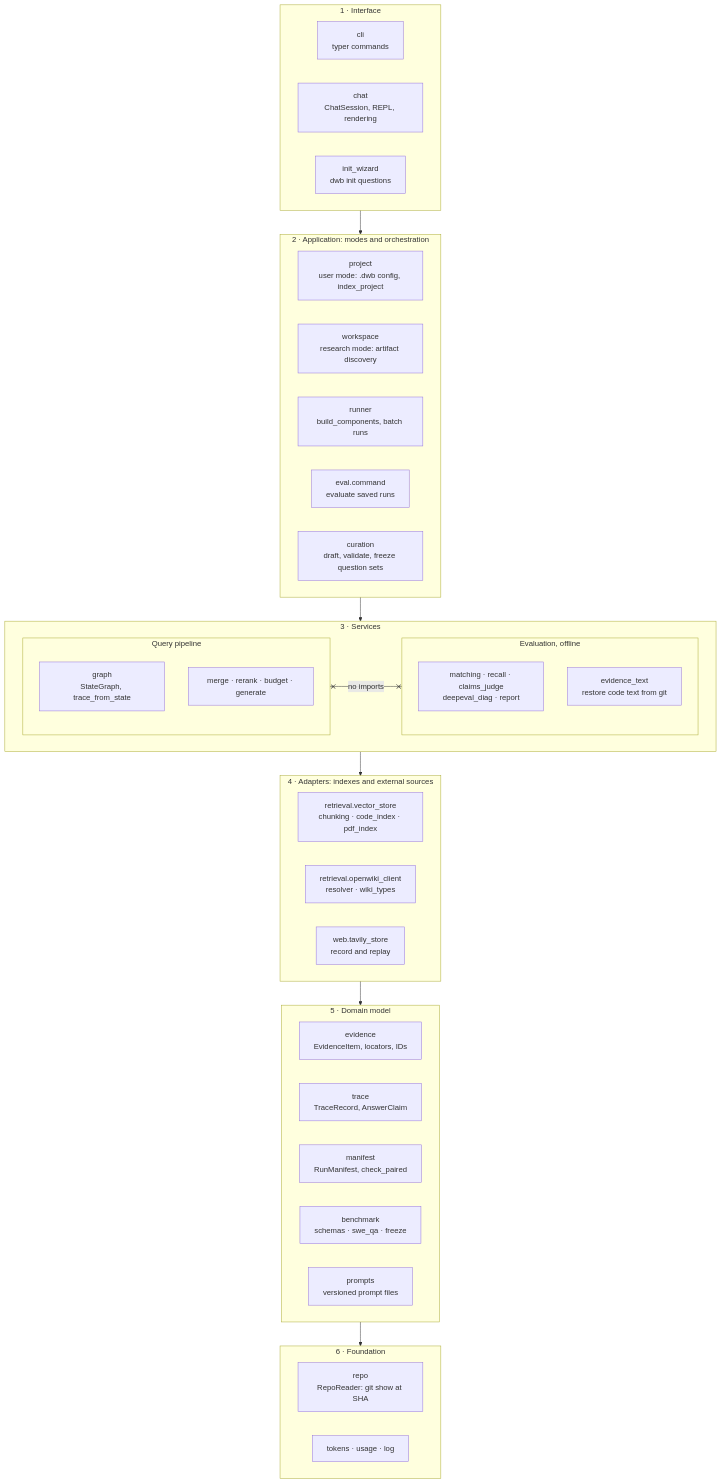
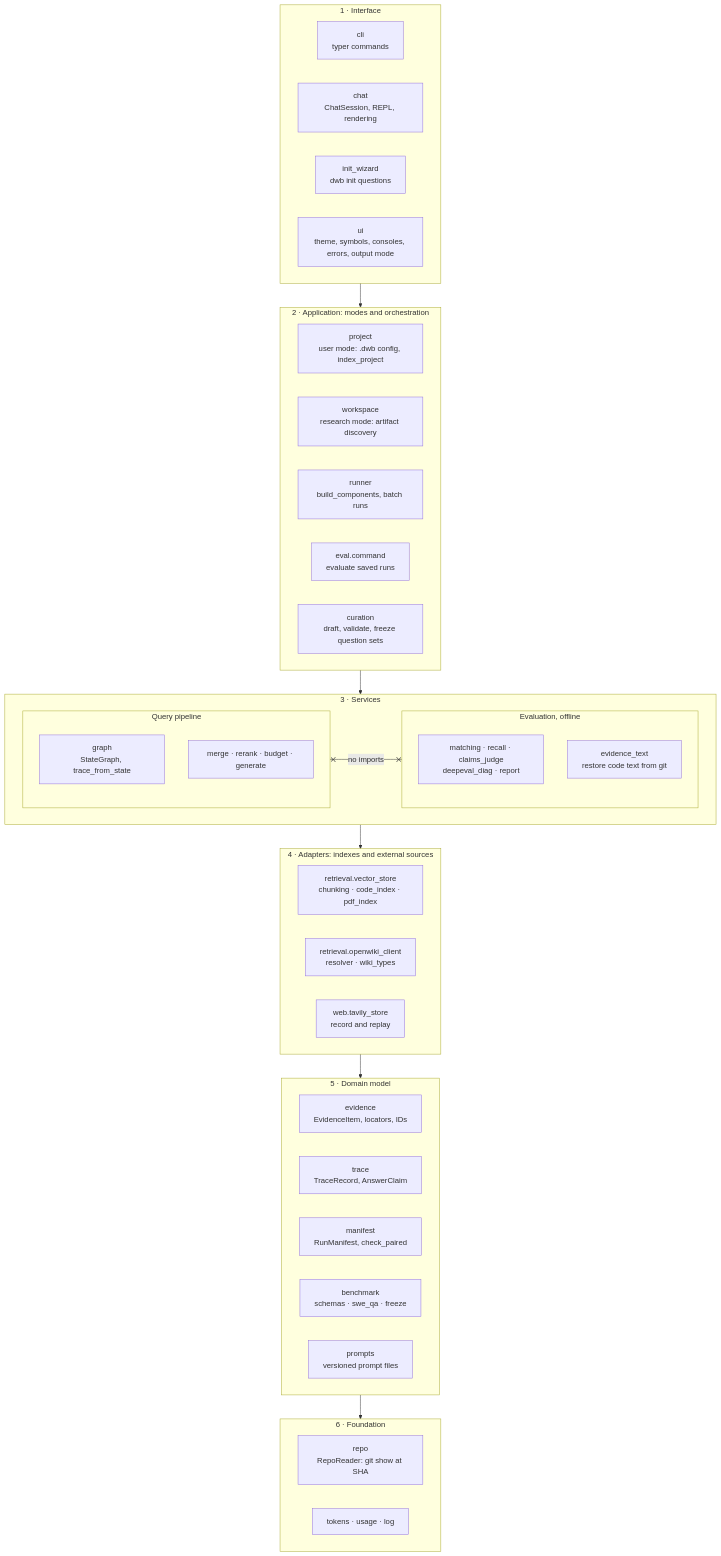
The second of 9 diagrams in docs/architecture.md (andresdp/design-wiki-bridge), drawn with Mermaid before and after one commit. The commit also changed other lines of this file and 5 other files, not shown here.

````diff
--- a/docs/architecture.md
+++ b/docs/architecture.md
@@ -38,51 +38,52 @@
 ```mermaid
 flowchart TB
     subgraph L1["1 · Interface"]
         direction LR
         cli["cli<br/>typer commands"]
         chat["chat<br/>ChatSession, REPL, rendering"]
         initw["init_wizard<br/>dwb init questions"]
+        ui["ui<br/>theme, symbols, consoles, errors, output mode"]
     end
     subgraph L2["2 · Application: modes and orchestration"]
         direction LR
         project["project<br/>user mode: .dwb config, index_project"]
         workspace["workspace<br/>research mode: artifact discovery"]
         runner["runner<br/>build_components, batch runs"]
         evalcmd["eval.command<br/>evaluate saved runs"]
         curation["curation<br/>draft, validate, freeze question sets"]
     end
     subgraph L3["3 · Services"]
         direction LR
         subgraph PIPE["Query pipeline"]
             direction TB
             qgraph["graph<br/>StateGraph, trace_from_state"]
             stages["merge · rerank · budget · generate"]
         end
         subgraph EVAL["Evaluation, offline"]
             direction TB
             scoring["matching · recall · claims_judge<br/>deepeval_diag · report"]
             evtext["evidence_text<br/>restore code text from git"]
         end
     end
     subgraph L4["4 · Adapters: indexes and external sources"]
         direction LR
         vec["retrieval.vector_store<br/>chunking · code_index · pdf_index"]
         wiki["retrieval.openwiki_client<br/>resolver · wiki_types"]
         web["web.tavily_store<br/>record and replay"]
     end
     subgraph L5["5 · Domain model"]
         direction LR
         evidence["evidence<br/>EvidenceItem, locators, IDs"]
         trace["trace<br/>TraceRecord, AnswerClaim"]
         manifest["manifest<br/>RunManifest, check_paired"]
         bench["benchmark<br/>schemas · swe_qa · freeze"]
         prompts["prompts<br/>versioned prompt files"]
     end
     subgraph L6["6 · Foundation"]
         direction LR
         repo["repo<br/>RepoReader: git show at SHA"]
         util["tokens · usage · log"]
     end
     L1 --> L2 --> L3 --> L4 --> L5 --> L6
     PIPE x--x|no imports| EVAL
 ```
````
